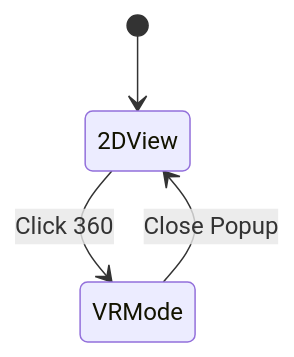
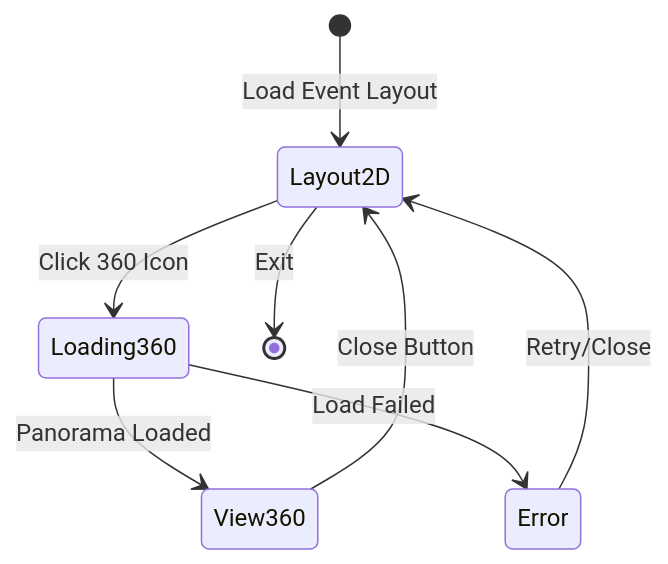
Before and after one commit to SDN-Group5/Event-Ticketing-Platform: the eighth of 52 diagrams in doc/UML/Phuc_AdminAnalytics.md, drawn with Mermaid. The commit also changed other lines of this file and 3 other files, not shown here.

````diff
--- a/doc/UML/Phuc_AdminAnalytics.md
+++ b/doc/UML/Phuc_AdminAnalytics.md
@@ -81,6 +189,10 @@
 ```mermaid
 stateDiagram-v2
-    [*] --> 2DView
-    2DView --> VRMode: Click 360
-    VRMode --> 2DView: Close Popup
+    [*] --> Layout2D: Load Event Layout
+    Layout2D --> Loading360: Click 360 Icon
+    Loading360 --> View360: Panorama Loaded
+    Loading360 --> Error: Load Failed
+    Error --> Layout2D: Retry/Close
+    View360 --> Layout2D: Close Button
+    Layout2D --> [*]: Exit
 ```
````
